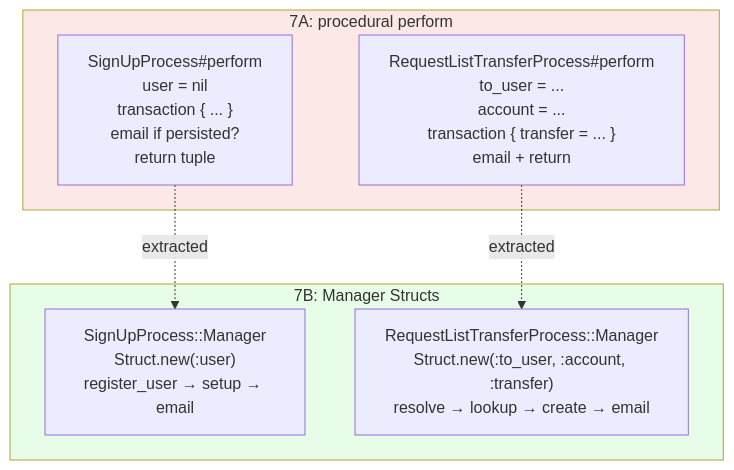
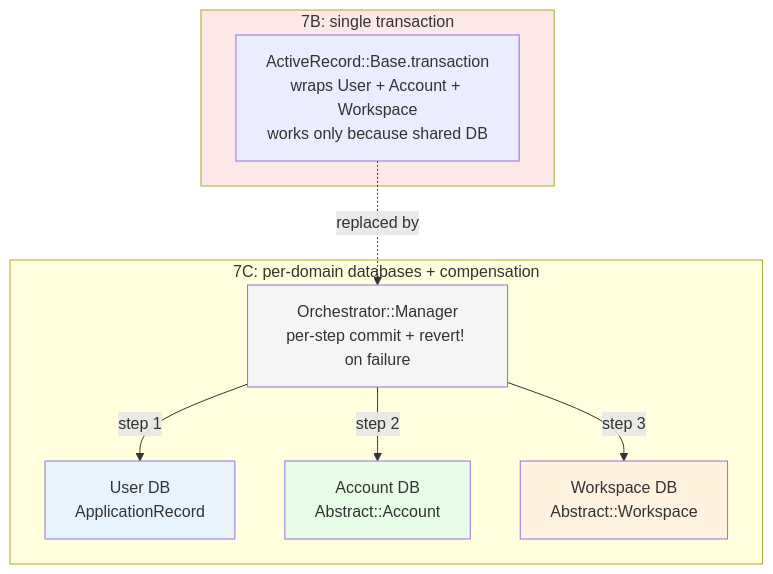
One commit to railswhey/app changed the third of 3 diagrams in README.md. Above: the diagram before and after it, drawn with Mermaid. The commit also changed other lines of this file and 49 other files, not shown here.

````diff
--- a/README.md
+++ b/README.md
@@ -215,18 +260,24 @@
 ```mermaid
 flowchart TD
-  subgraph Before["7A: procedural perform"]
-    P1["SignUpProcess#perform<br/>user = nil<br/>transaction { ... }<br/>email if persisted?<br/>return tuple"]
-    P2["RequestListTransferProcess#perform<br/>to_user = ...<br/>account = ...<br/>transaction { transfer = ... }<br/>email + return"]
+  subgraph Before["7B: single transaction"]
+    TX["ActiveRecord::Base.transaction<br/>wraps User + Account + Workspace<br/>works only because shared DB"]
   end
 
-  subgraph After["7B: Manager Structs"]
-    M1["SignUpProcess::Manager<br/>Struct.new(:user)<br/>register_user → setup → email"]
-    M2["RequestListTransferProcess::Manager<br/>Struct.new(:to_user, :account, :transfer)<br/>resolve → lookup → create → email"]
+  subgraph After["7C: per-domain databases + compensation"]
+    UDB["User DB<br/>ApplicationRecord"]
+    ADB["Account DB<br/>Abstract::Account"]
+    WDB["Workspace DB<br/>Abstract::Workspace"]
+    ORCH["Orchestrator::Manager<br/>per-step commit + revert! on failure"]
   end
 
-  P1 -.->|"extracted"| M1
-  P2 -.->|"extracted"| M2
+  TX -.->|"replaced by"| ORCH
+  ORCH -->|"step 1"| UDB
+  ORCH -->|"step 2"| ADB
+  ORCH -->|"step 3"| WDB
 
   style Before fill:#fde8e8
-  style After fill:#e8fde8
+  style UDB fill:#e8f4fd
+  style ADB fill:#e8fde8
+  style WDB fill:#fff3e0
+  style ORCH fill:#f5f5f5
 ```
````
